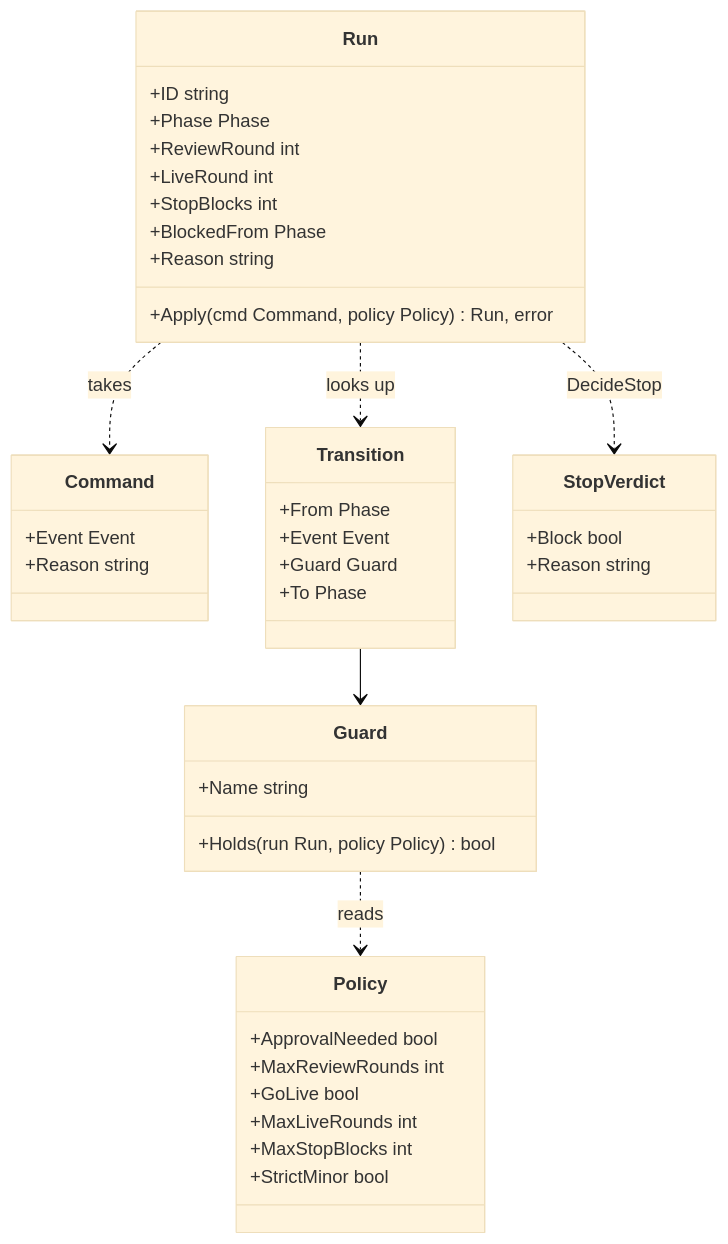
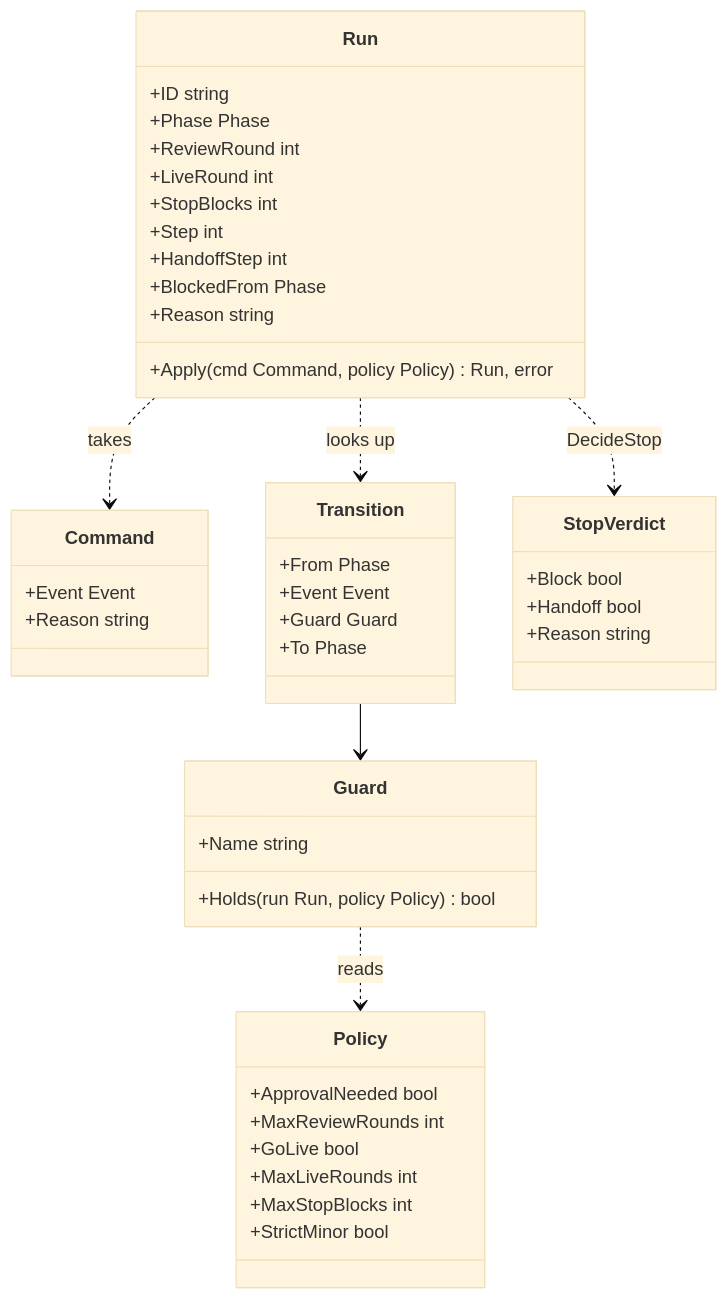
Before and after one commit to 90p-labs/harness: the second of 6 diagrams in DESIGN.md, drawn with Mermaid (base theme). The commit also changed other lines of this file and 4 other files, not shown here.

````diff
--- a/DESIGN.md
+++ b/DESIGN.md
@@ -164,44 +180,47 @@
 ```mermaid
 classDiagram
     class Run {
         +ID string
         +Phase Phase
         +ReviewRound int
         +LiveRound int
         +StopBlocks int
+        +Step int
+        +HandoffStep int
         +BlockedFrom Phase
         +Reason string
         +Apply(cmd Command, policy Policy) Run, error
     }
     class Command {
         +Event Event
         +Reason string
     }
     class Transition {
         +From Phase
         +Event Event
         +Guard Guard
         +To Phase
     }
     class Guard {
         +Name string
         +Holds(run Run, policy Policy) bool
     }
     class Policy {
         +ApprovalNeeded bool
         +MaxReviewRounds int
         +GoLive bool
         +MaxLiveRounds int
         +MaxStopBlocks int
         +StrictMinor bool
     }
     class StopVerdict {
         +Block bool
+        +Handoff bool
         +Reason string
     }
     Run ..> Command : takes
     Run ..> Transition : looks up
     Transition --> Guard
     Guard ..> Policy : reads
     Run ..> StopVerdict : DecideStop
 ```
````
